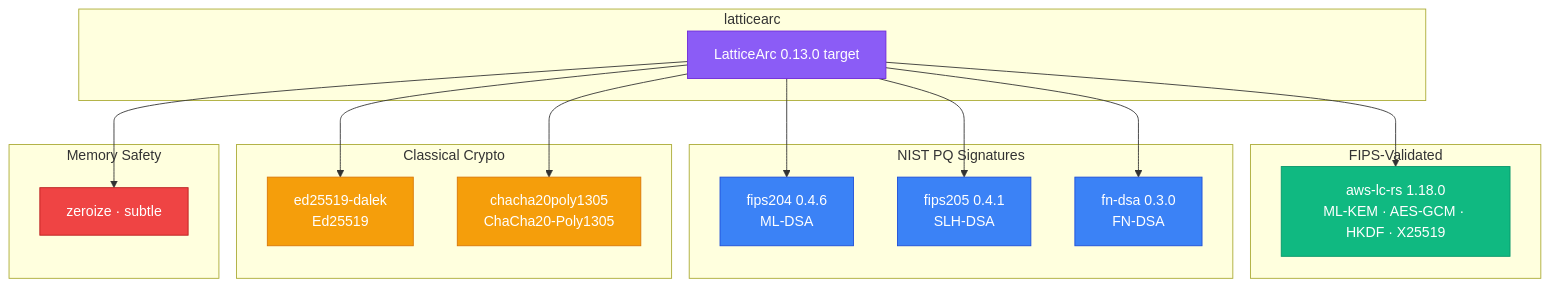
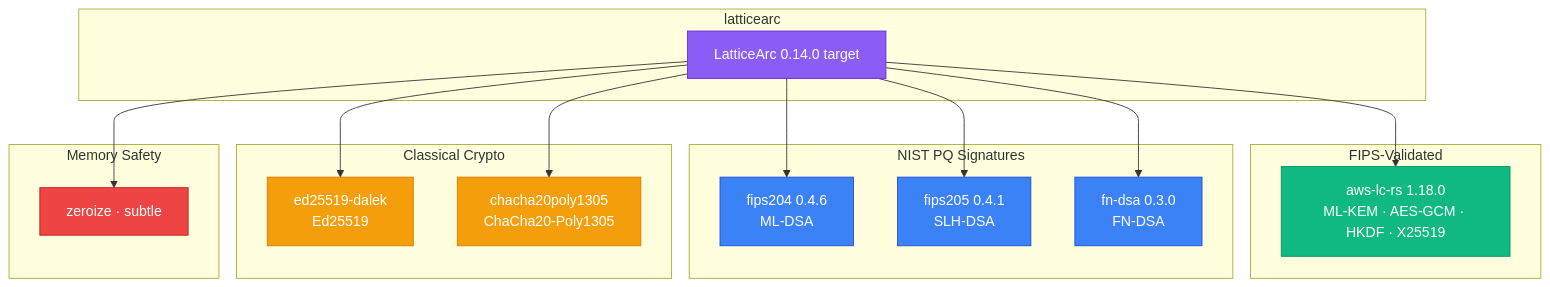
One commit to LatticeArc/latticearc changed the diagram in docs/DEPENDENCY_JUSTIFICATION.md. Above: the diagram before and after it, drawn with Mermaid. The commit also changed other lines of this file and 10 other files, not shown here.

````diff
--- a/docs/DEPENDENCY_JUSTIFICATION.md
+++ b/docs/DEPENDENCY_JUSTIFICATION.md
@@ -12,45 +12,45 @@
 ```mermaid
 flowchart TB
     subgraph "latticearc"
-        LA[LatticeArc 0.13.0 target]
+        LA[LatticeArc 0.14.0 target]
     end
 
     subgraph "FIPS-Validated"
         AWSLC["aws-lc-rs 1.18.0\nML-KEM · AES-GCM · HKDF · X25519"]
     end
 
     subgraph "NIST PQ Signatures"
         F204["fips204 0.4.6\nML-DSA"]
         F205["fips205 0.4.1\nSLH-DSA"]
         FNDSA["fn-dsa 0.3.0\nFN-DSA"]
     end
 
     subgraph "Classical Crypto"
         DALEK["ed25519-dalek\nEd25519"]
         CHA["chacha20poly1305\nChaCha20-Poly1305"]
     end
 
     subgraph "Memory Safety"
         ZERO["zeroize · subtle"]
     end
 
     LA --> AWSLC
     LA --> F204
     LA --> F205
     LA --> FNDSA
     LA --> DALEK
     LA --> CHA
     LA --> ZERO
 
     classDef main fill:#8b5cf6,stroke:#6d28d9,color:#fff
     classDef fips fill:#10b981,stroke:#059669,color:#fff
     classDef nist fill:#3b82f6,stroke:#1d4ed8,color:#fff
     classDef cl fill:#f59e0b,stroke:#d97706,color:#fff
     classDef safety fill:#ef4444,stroke:#b91c1c,color:#fff
 
     class LA main
     class AWSLC fips
     class F204,F205,FNDSA nist
     class DALEK,CHA cl
     class ZERO safety
 ```
````
